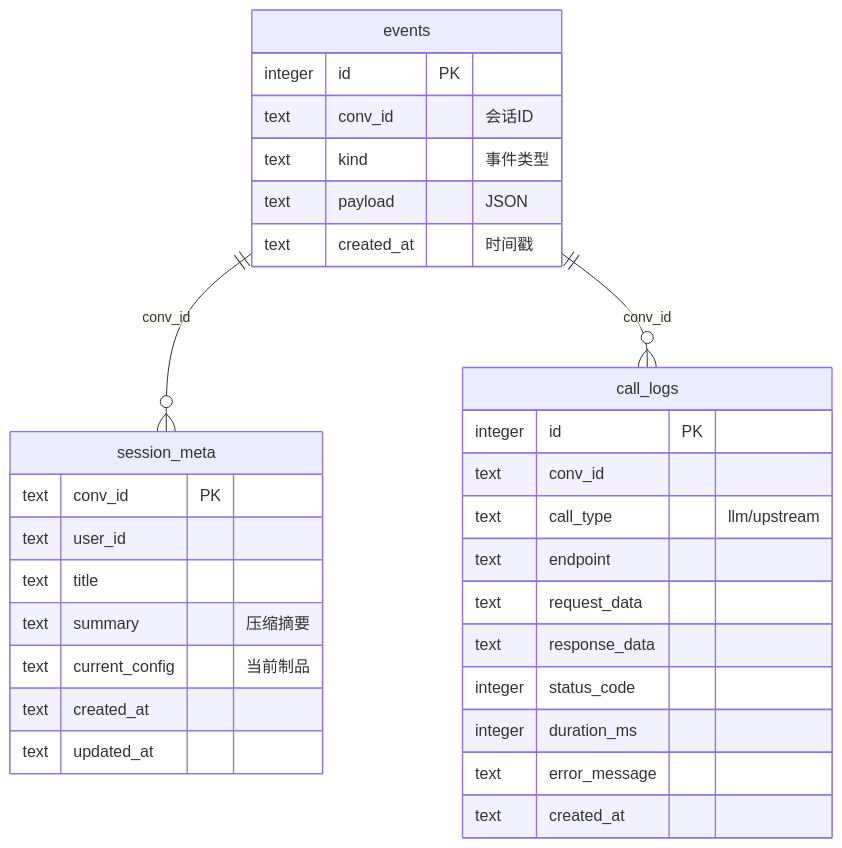
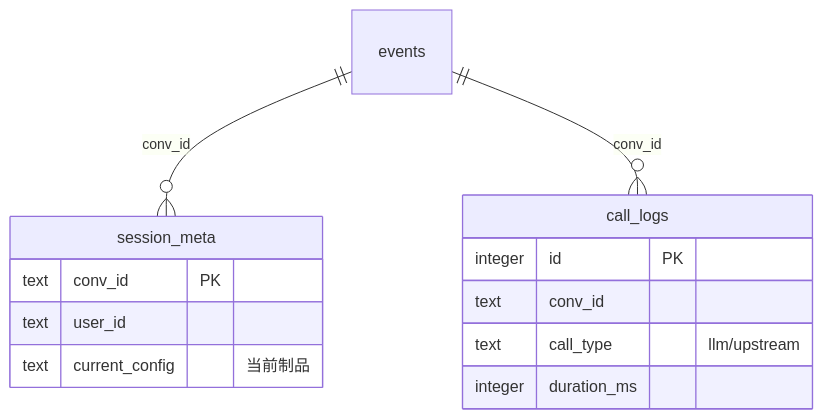
One commit to 996Code/llm-to-modeler changed diagram 18 of 27 in doc/系统架构与学习指南.md. Above: the diagram before and after it, drawn with Mermaid. The commit also changed other lines of this file, not shown here.

First line of the commit message:
docs: 深度解析 interrupt/resume 机制 + 拆分所有大图

````diff
--- a/doc/系统架构与学习指南.md
+++ b/doc/系统架构与学习指南.md
@@ -406,36 +428,16 @@
 ```mermaid
 erDiagram
     events ||--o{ session_meta : "conv_id"
     events ||--o{ call_logs : "conv_id"
-
-    events {
-        integer id PK
-        text conv_id "会话ID"
-        text kind "事件类型"
-        text payload "JSON"
-        text created_at "时间戳"
-    }
-
     session_meta {
         text conv_id PK
         text user_id
-        text title
-        text summary "压缩摘要"
         text current_config "当前制品"
-        text created_at
-        text updated_at
     }
-
     call_logs {
         integer id PK
         text conv_id
         text call_type "llm/upstream"
-        text endpoint
-        text request_data
-        text response_data
-        integer status_code
         integer duration_ms
-        text error_message
-        text created_at
     }
 ```
````
